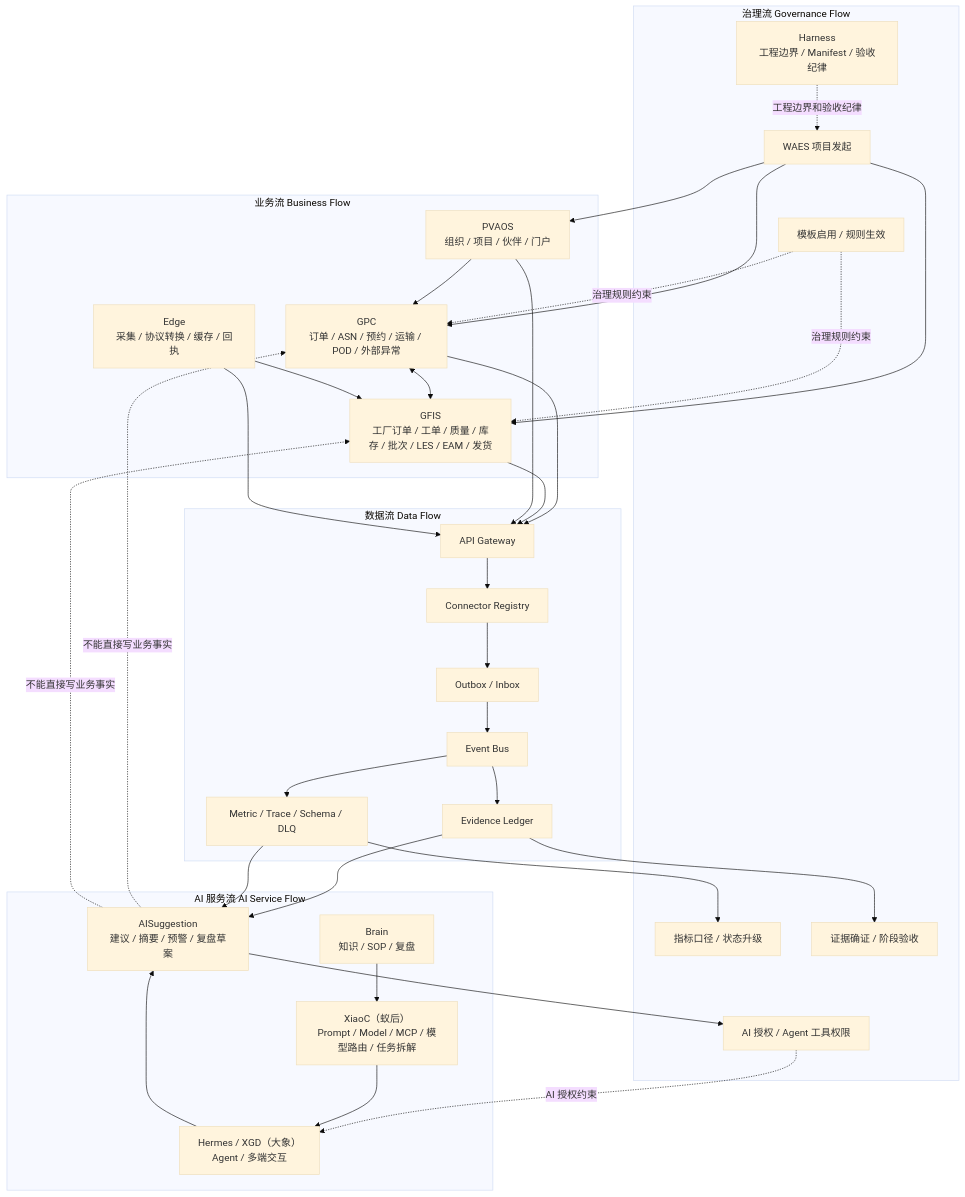
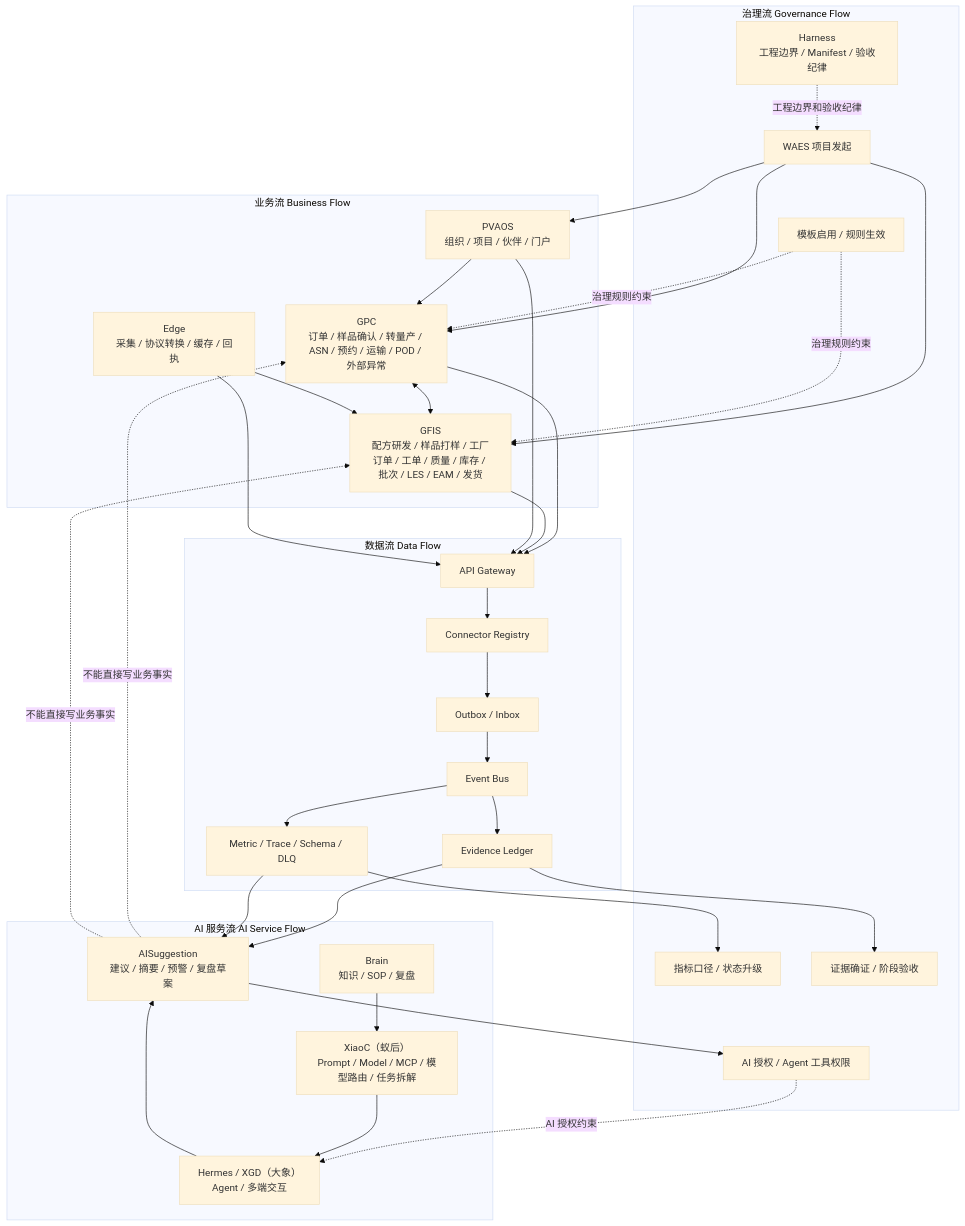
Before and after one commit to Jiumilu/GCGPCF: the first of 3 diagrams in .kds/development-space/开发/90-跨项目架构/01-architecture/GlobalCloud绿色供应链体系四流综合架构分析与优化方案.md, drawn with Mermaid (base theme). The commit also changed other lines of this file and 21 other files, not shown here.

````diff
--- a/.kds/development-space/开发/90-跨项目架构/01-architecture/GlobalCloud绿色供应链体系四流综合架构分析与优化方案.md
+++ b/.kds/development-space/开发/90-跨项目架构/01-architecture/GlobalCloud绿色供应链体系四流综合架构分析与优化方案.md
@@ -65,60 +65,60 @@
 ```mermaid
 flowchart TB
   subgraph Governance["治理流 Governance Flow"]
     G1["WAES 项目发起"]
     G2["模板启用 / 规则生效"]
     G3["指标口径 / 状态升级"]
     G4["证据确证 / 阶段验收"]
     G5["AI 授权 / Agent 工具权限"]
     H["Harness<br/>工程边界 / Manifest / 验收纪律"]
   end
 
   subgraph Business["业务流 Business Flow"]
     P["PVAOS<br/>组织 / 项目 / 伙伴 / 门户"]
-    C["GPC<br/>订单 / ASN / 预约 / 运输 / POD / 外部异常"]
-    F["GFIS<br/>工厂订单 / 工单 / 质量 / 库存 / 批次 / LES / EAM / 发货"]
+    C["GPC<br/>订单 / 样品确认 / 转量产 / ASN / 预约 / 运输 / POD / 外部异常"]
+    F["GFIS<br/>配方研发 / 样品打样 / 工厂订单 / 工单 / 质量 / 库存 / 批次 / LES / EAM / 发货"]
     E["Edge<br/>采集 / 协议转换 / 缓存 / 回执"]
   end
 
   subgraph Data["数据流 Data Flow"]
     API["API Gateway"]
     CR["Connector Registry"]
     OI["Outbox / Inbox"]
     BUS["Event Bus"]
     EV["Evidence Ledger"]
     MT["Metric / Trace / Schema / DLQ"]
   end
 
   subgraph AI["AI 服务流 AI Service Flow"]
     B["Brain<br/>知识 / SOP / 复盘"]
     X["XiaoC（蚁后）<br/>Prompt / Model / MCP / 模型路由 / 任务拆解"]
     A["Hermes / XGD（大象）<br/>Agent / 多端交互"]
     S["AISuggestion<br/>建议 / 摘要 / 预警 / 复盘草案"]
   end
 
   G1 --> P
   G1 --> C
   G1 --> F
   G2 -. "治理规则约束" .-> C
   G2 -. "治理规则约束" .-> F
   G5 -. "AI 授权约束" .-> A
   H -. "工程边界和验收纪律" .-> G1
 
   P --> C
   C <--> F
   E --> F
   C --> API
   F --> API
   P --> API
   E --> API
   API --> CR --> OI --> BUS --> EV
   BUS --> MT
   EV --> G4
   MT --> G3
 
   EV --> S
   MT --> S
   B --> X --> A --> S --> G5
   S -. "不能直接写业务事实" .-> C
   S -. "不能直接写业务事实" .-> F
 ```
````
